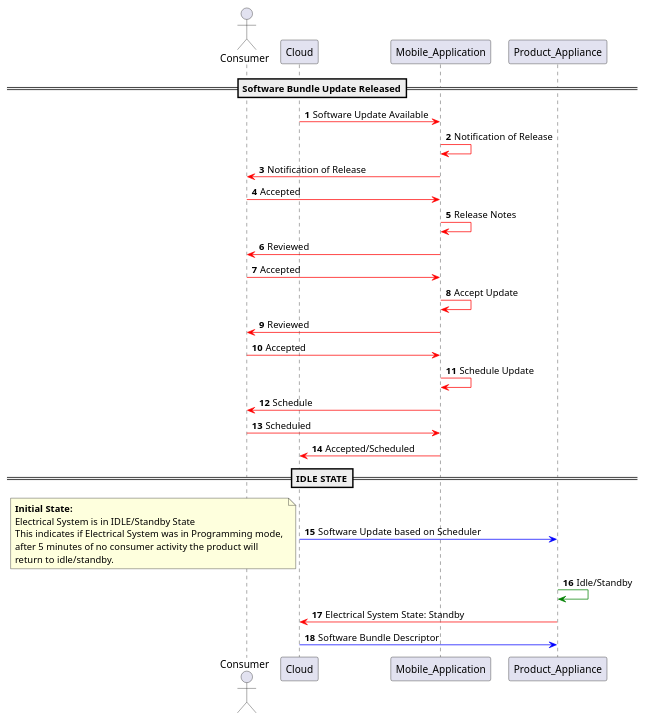
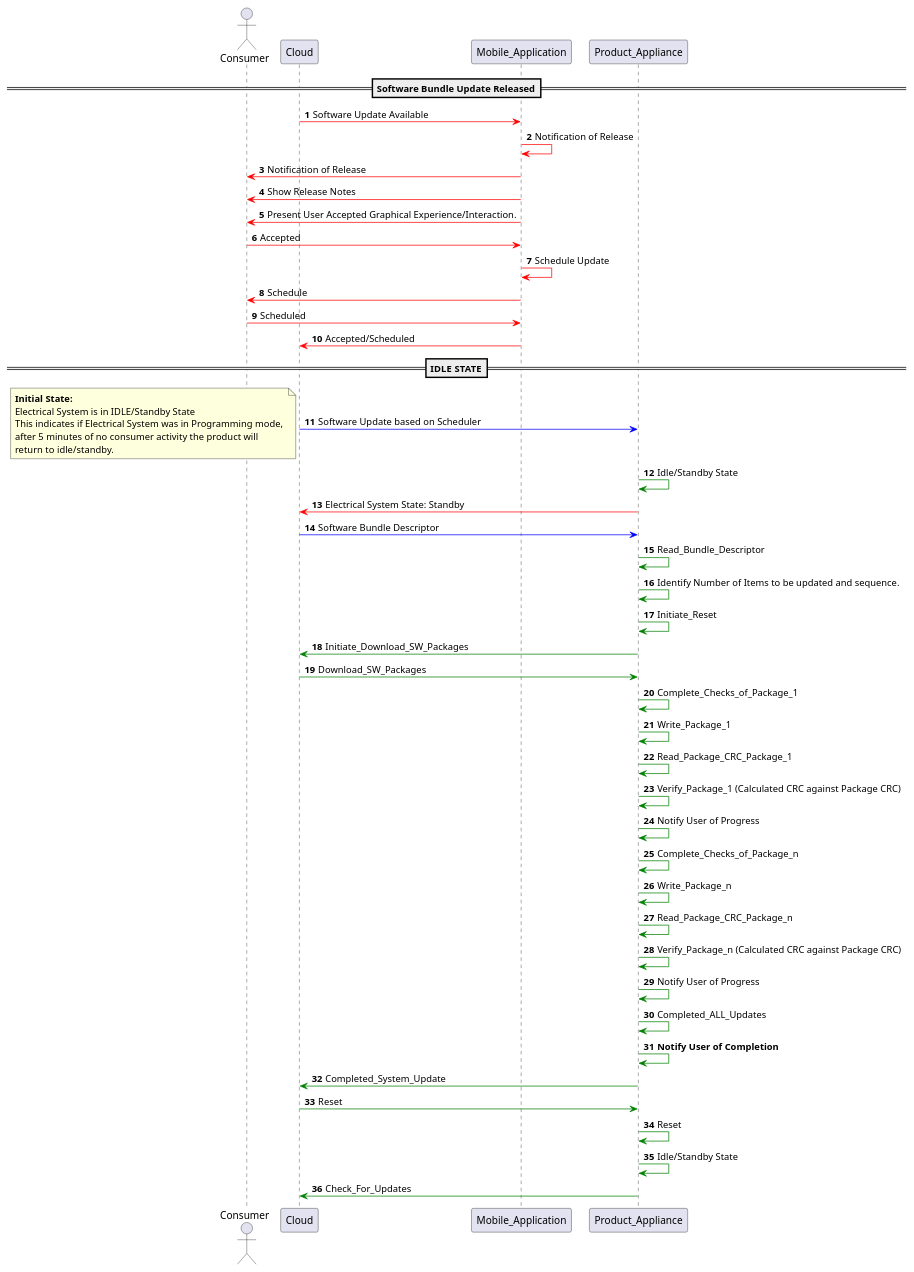
The diagram in Over the Air Updates/Document Formats/user_interaction_sequence_diagram.wsd (wjelston/wallaceelston.github.io), drawn with PlantUML before and after one commit. The commit also changed 2 other files, not shown here.

Commit message:
Updated Sequence Diagram of System

```diff
--- a/Over the Air Updates/Document Formats/user_interaction_sequence_diagram.wsd
+++ b/Over the Air Updates/Document Formats/user_interaction_sequence_diagram.wsd
@@ -1,35 +1,52 @@
 @startuml user_interaction_sequence
 
     autonumber
     actor Consumer
     ==Software Bundle Update Released==
     Cloud -[#red]> Mobile_Application : Software Update Available
     Mobile_Application -[#red]> Mobile_Application : Notification of Release
     Mobile_Application -[#red]> Consumer : Notification of Release
-    Consumer -[#red]> Mobile_Application : Accepted
-    Mobile_Application -[#red]> Mobile_Application : Release Notes
-    Mobile_Application -[#red]> Consumer : Reviewed
-    Consumer -[#red]> Mobile_Application : Accepted  
-    Mobile_Application -[#red]> Mobile_Application : Accept Update
-    Mobile_Application -[#red]> Consumer : Reviewed
+    Mobile_Application -[#red]> Consumer : Show Release Notes
+    Mobile_Application -[#red]> Consumer : Present User Accepted Graphical Experience/Interaction.
     Consumer -[#red]> Mobile_Application : Accepted
     Mobile_Application -[#red]> Mobile_Application : Schedule Update
     Mobile_Application -[#red]> Consumer : Schedule
     Consumer -[#red]> Mobile_Application : Scheduled
     Mobile_Application -[#red]> Cloud : Accepted/Scheduled
 
     ==IDLE STATE==
 
     Cloud -[#blue]> Product_Appliance: Software Update based on Scheduler
     note left 
     **Initial State:**
     Electrical System is in IDLE/Standby State
     This indicates if Electrical System was in Programming mode, 
     after 5 minutes of no consumer activity the product will 
     return to idle/standby.
     end note
-    Product_Appliance -[#Green]> Product_Appliance : Idle/Standby
+    Product_Appliance -[#Green]> Product_Appliance : Idle/Standby State
     Product_Appliance -[#red]> Cloud: Electrical System State: Standby
     Cloud -[#blue]> Product_Appliance: Software Bundle Descriptor
-
+    Product_Appliance -[#Green]> Product_Appliance : Read_Bundle_Descriptor
+    Product_Appliance -[#Green]> Product_Appliance : Identify Number of Items to be updated and sequence.
+    Product_Appliance -[#Green]> Product_Appliance : Initiate_Reset
+    Product_Appliance -[#Green]> Cloud : Initiate_Download_SW_Packages
+    Cloud -[#Green]> Product_Appliance : Download_SW_Packages
+    Product_Appliance -[#Green]> Product_Appliance : Complete_Checks_of_Package_1
+    Product_Appliance -[#Green]> Product_Appliance : Write_Package_1
+    Product_Appliance -[#Green]> Product_Appliance : Read_Package_CRC_Package_1
+    Product_Appliance -[#Green]> Product_Appliance : Verify_Package_1 (Calculated CRC against Package CRC)
+    Product_Appliance -[#Green]> Product_Appliance : Notify User of Progress
+    Product_Appliance -[#Green]> Product_Appliance : Complete_Checks_of_Package_n
+    Product_Appliance -[#Green]> Product_Appliance : Write_Package_n
+    Product_Appliance -[#Green]> Product_Appliance : Read_Package_CRC_Package_n
+    Product_Appliance -[#Green]> Product_Appliance : Verify_Package_n (Calculated CRC against Package CRC)
+    Product_Appliance -[#Green]> Product_Appliance : Notify User of Progress
+    Product_Appliance -[#Green]> Product_Appliance : Completed_ALL_Updates
+    Product_Appliance -[#Green]> Product_Appliance : **Notify User of Completion**
+    Product_Appliance -[#Green]> Cloud : Completed_System_Update
+    Cloud -[#Green]> Product_Appliance: Reset
+    Product_Appliance -[#Green]> Product_Appliance : Reset
+    Product_Appliance -[#Green]> Product_Appliance : Idle/Standby State
+    Product_Appliance -[#Green]> Cloud : Check_For_Updates
 @enduml
```
